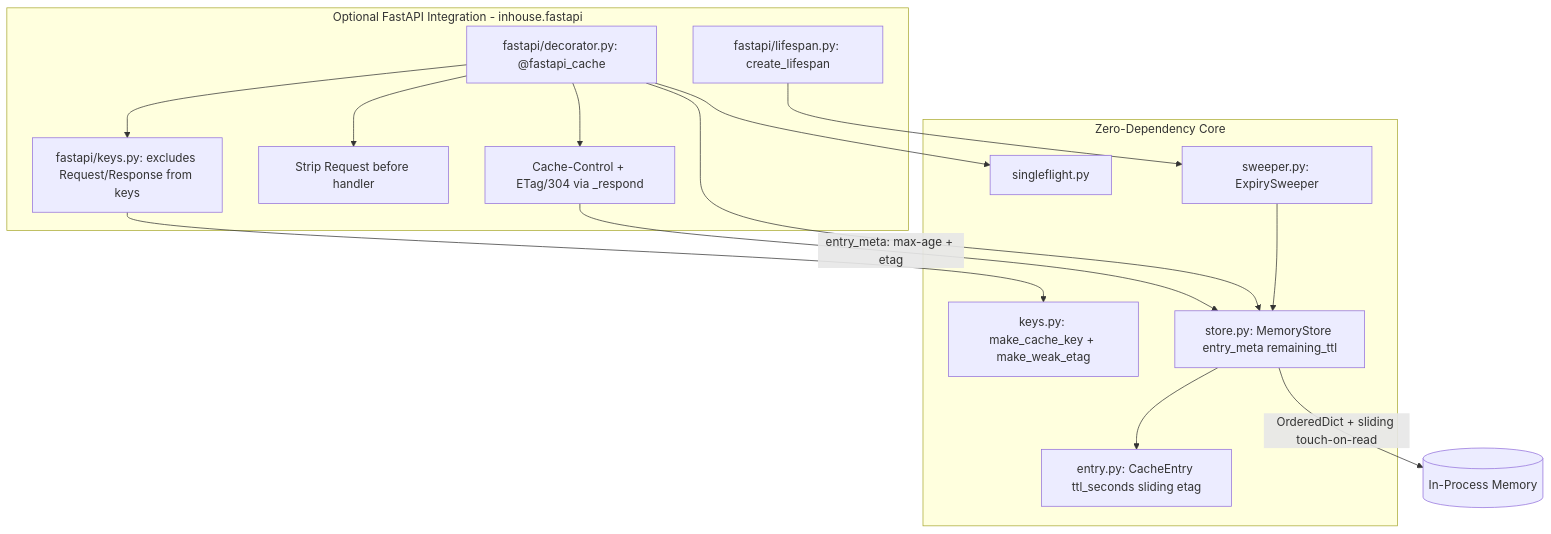
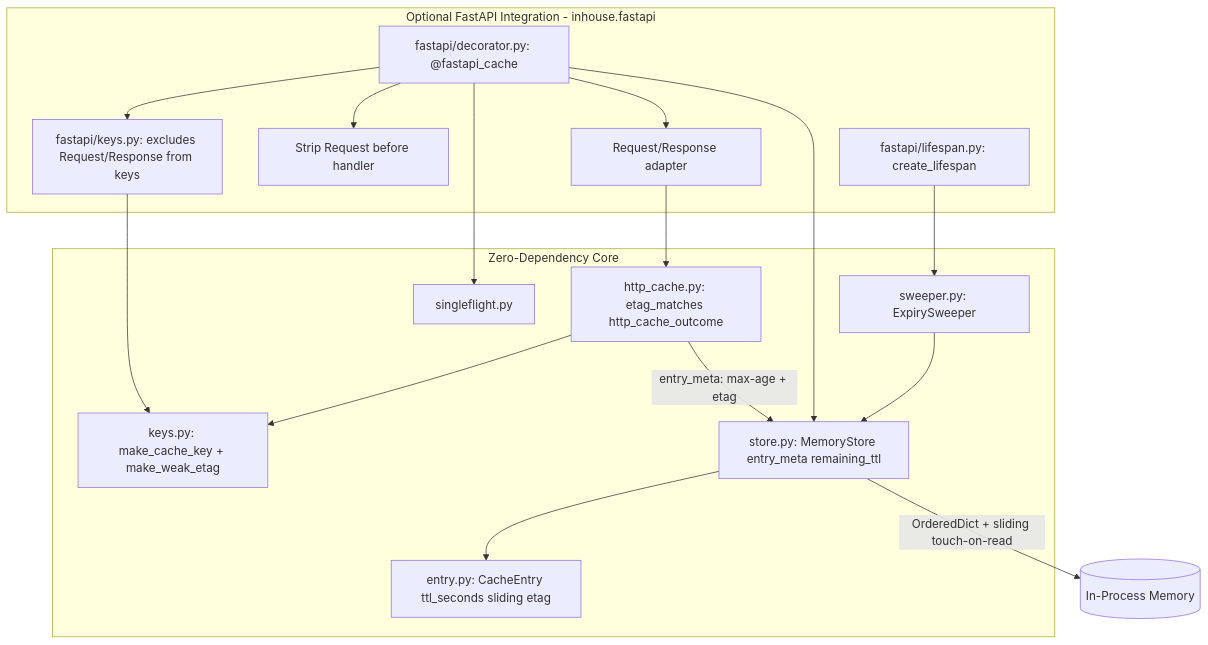
Before and after one commit to kineticquant/inhouse: the second of 2 diagrams in README.md, drawn with Mermaid. The commit also changed other lines of this file and 2 other files, not shown here.

Commit message:
v0.2.1 - fix for core cache functionality to reduce lib dependency

````diff
--- a/README.md
+++ b/README.md
@@ -378,30 +455,33 @@
 ```mermaid
 flowchart TB
     subgraph fastapi_layer [Optional FastAPI Integration - inhouse.fastapi]
         FDecorator["fastapi/decorator.py: @fastapi_cache"]
-        HttpCache["Cache-Control + ETag/304 via _respond"]
+        FAdapter["Request/Response adapter"]
         ReqStrip["Strip Request before handler"]
         FLifespan["fastapi/lifespan.py: create_lifespan"]
         FKeys["fastapi/keys.py: excludes Request/Response from keys"]
     end
 
     subgraph core [Zero-Dependency Core]
         Entry["entry.py: CacheEntry ttl_seconds sliding etag"]
         KeyBuilder["keys.py: make_cache_key + make_weak_etag"]
+        HttpCache["http_cache.py: etag_matches http_cache_outcome"]
         Store["store.py: MemoryStore entry_meta remaining_ttl"]
         Singleflight["singleflight.py"]
         Sweeper["sweeper.py: ExpirySweeper"]
     end
 
     FDecorator --> FKeys
     FDecorator --> ReqStrip
-    FDecorator --> HttpCache
+    FDecorator --> FAdapter
+    FAdapter --> HttpCache
     FKeys --> KeyBuilder
+    HttpCache --> KeyBuilder
     HttpCache -->|"entry_meta: max-age + etag"| Store
     FDecorator --> Store
     FDecorator --> Singleflight
     FLifespan --> Sweeper
     Sweeper --> Store
     Store --> Entry
     Store -->|"OrderedDict + sliding touch-on-read"| Memory[(In-Process Memory)]
 ```
````
